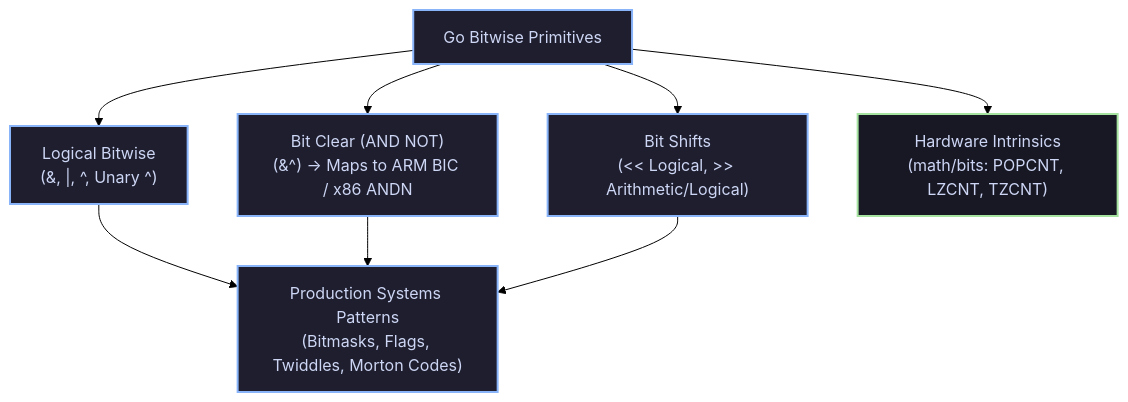
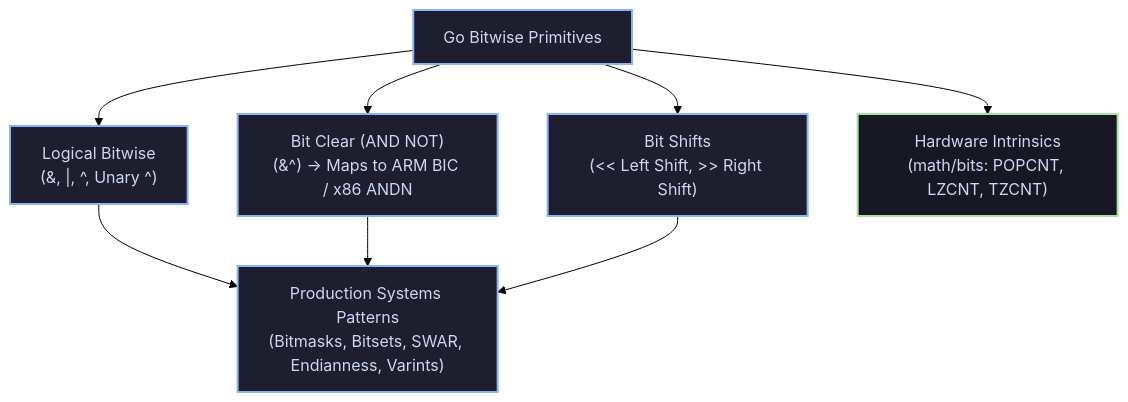
The diagram in Principal SWE/01. Foundations & Craftsmanship/Programming/09. Language/Golang/02. Language Basics/01. Variables & Constants/06. Bitwise Operations/Bitwise Operations.md (bakhod1r/principal-swe-knowledge-graph), drawn with Mermaid (forest theme) before and after one commit. The commit also changed other lines of this file and 94 other files, not shown here.

````diff
--- a/Principal SWE/01. Foundations & Craftsmanship/Programming/09. Language/Golang/02. Language Basics/01. Variables & Constants/06. Bitwise Operations/Bitwise Operations.md
+++ b/Principal SWE/01. Foundations & Craftsmanship/Programming/09. Language/Golang/02. Language Basics/01. Variables & Constants/06. Bitwise Operations/Bitwise Operations.md
@@ -16,12 +16,12 @@
 ```mermaid
 graph TD
     classDef op fill:#1e1e2e,stroke:#89b4fa,stroke-width:2px,color:#cdd6f4;
     classDef pkg fill:#181825,stroke:#a6e3a1,stroke-width:2px,color:#cdd6f4;
 
     BitOps["Go Bitwise Primitives"]:::op --> Logic["Logical Bitwise<br/>(&, |, ^, Unary ^)"]:::op
     BitOps --> Clear["Bit Clear (AND NOT)<br/>(&^) -> Maps to ARM BIC / x86 ANDN"]:::op
-    BitOps --> Shifts["Bit Shifts<br/>(<< Logical, >> Arithmetic/Logical)"]:::op
+    BitOps --> Shifts["Bit Shifts<br/>(<< Left Shift, >> Right Shift)"]:::op
     BitOps --> Intrinsics["Hardware Intrinsics<br/>(math/bits: POPCNT, LZCNT, TZCNT)"]:::pkg
     
-    Logic & Clear & Shifts --> Patterns["Production Systems Patterns<br/>(Bitmasks, Flags, Twiddles, Morton Codes)"]:::op
+    Logic & Clear & Shifts --> Patterns["Production Systems Patterns<br/>(Bitmasks, Bitsets, SWAR, Endianness, Varints)"]:::op
 ```
````
